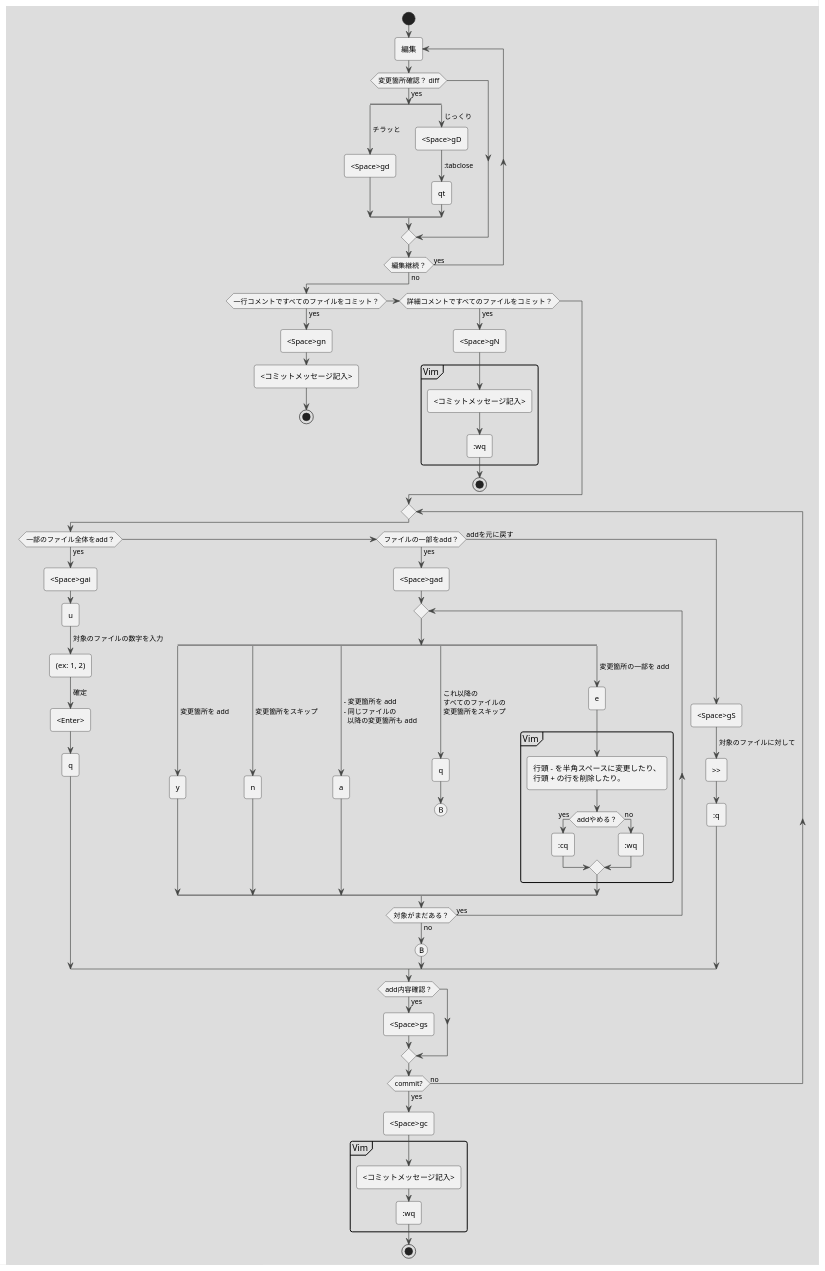
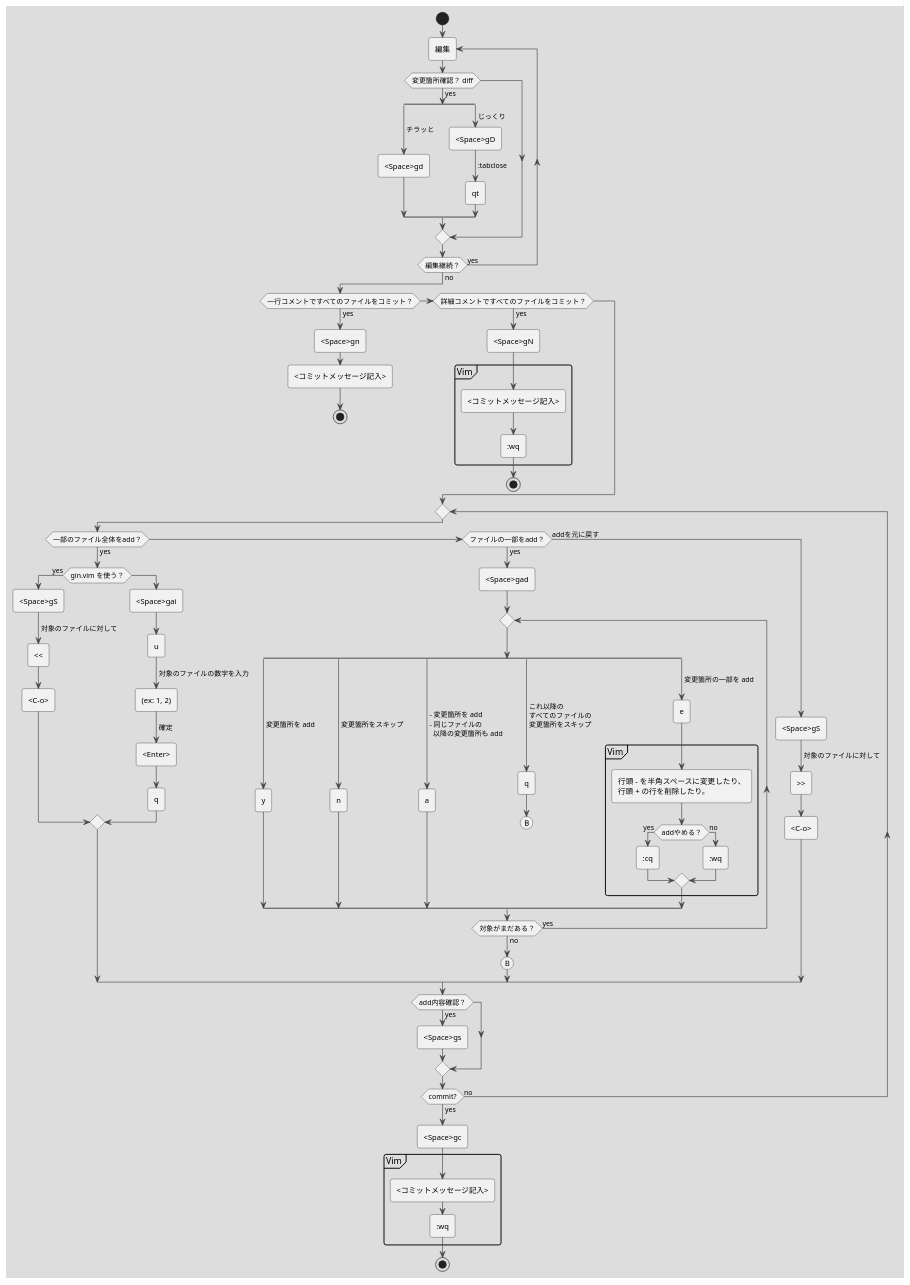
The diagram in articles/30398c5525bf4f.pu (hokorobi/zenn-contents), drawn with PlantUML before and after one commit. The commit also changed 2 other files, not shown here.

```diff
--- a/articles/30398c5525bf4f.pu
+++ b/articles/30398c5525bf4f.pu
@@ -1,92 +1,99 @@
 @startuml
 !theme toy
 
 start
 repeat :編集;
 if (変更箇所確認？ diff) then (yes)
 	split
 		-> チラッと;
 		:<Space>gd;
 	split again
 		-> じっくり;
 		:<Space>gD;
 		-> :tabclose;
 		:qt;
 	end split
 endif
 repeat while (編集継続？) is (yes) not (no)
 if (一行コメントですべてのファイルをコミット？) then (yes)
 	:<Space>gn;
 	:<コミットメッセージ記入>;
 	stop
 elseif (詳細コメントですべてのファイルをコミット？) then (yes)
 	:<Space>gN;
 	partition Vim {
 		:<コミットメッセージ記入>;
 		::wq;
 	}
 	stop
 endif
 repeat
 	if (一部のファイル全体をadd？) then (yes)
-		:<Space>gai;
-		:u;
-		-> 対象のファイルの数字を入力;
-		:(ex: 1, 2);
-		-> 確定;
-		:<Enter>;
+		if (gin.vim を使う？) then (yes)
+			:<Space>gS;
+			-> 対象のファイルに対して;
+			:<<;
+			:<C-o>;
+		else
+			:<Space>gai;
+			:u;
+			-> 対象のファイルの数字を入力;
+			:(ex: 1, 2);
+			-> 確定;
+			:<Enter>;
 		:q;
+		endif
 	elseif (ファイルの一部をadd？) then (yes)
 		:<Space>gad;
 		repeat
 			split
 				-> 変更箇所を add;
 				:y;
 			split again
 				-> 変更箇所をスキップ;
 				:n;
 			split again
 				-> - 変更箇所を add
 				- 同じファイルの
 				  以降の変更箇所も add;
 				:a;
 			split again
 				-> これ以降の
 				すべてのファイルの
 				変更箇所をスキップ;
 				:q;
 				(B)
 				detach
 			split again
 				-> 変更箇所の一部を add;
 				:e;
 				partition Vim {
 					:行頭 - を半角スペースに変更したり、
 					行頭 + の行を削除したり。;
 					if (addやめる？) then (yes)
 						::cq;
 					else (no)
 						::wq;
 					endif
 				}
 			end split
 		repeat while (対象がまだある？) is (yes) not (no)
 		(B)
 	else (addを元に戻す)
 		:<Space>gS;
 		-> 対象のファイルに対して;
 		:>>;
-		::q;
+		:<C-o>;
 	endif
 	if (add内容確認？) then (yes)
 		:<Space>gs;
 	endif
 repeat while (commit?) is (no) not (yes)
 :<Space>gc;
 partition Vim {
 	:<コミットメッセージ記入>;
 	::wq;
 }
 
 stop
 @enduml
```
